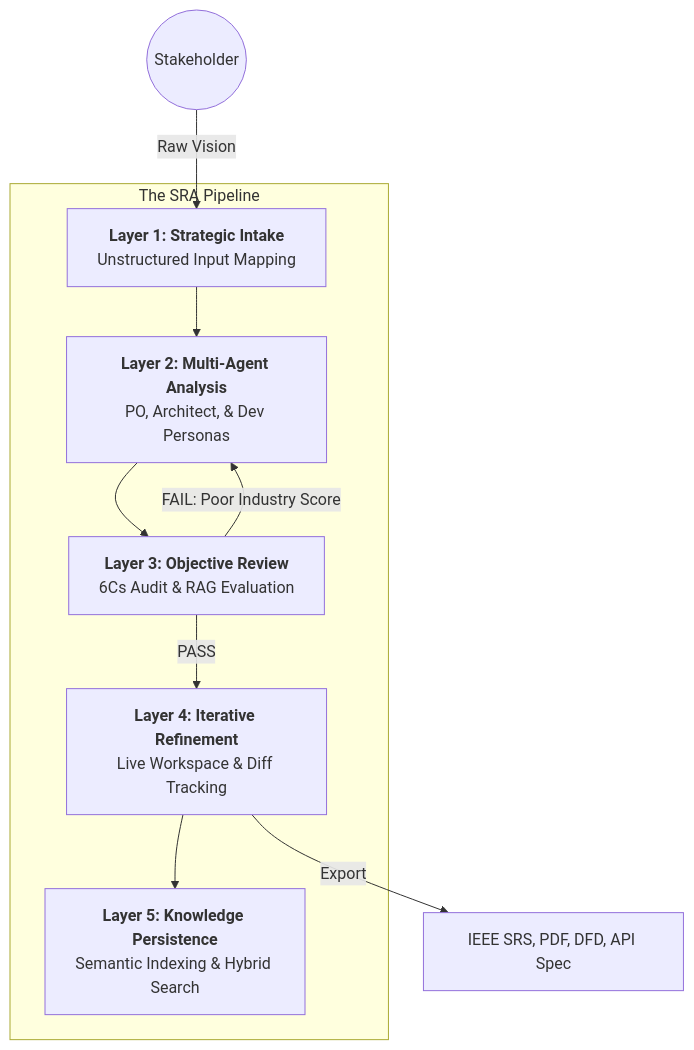
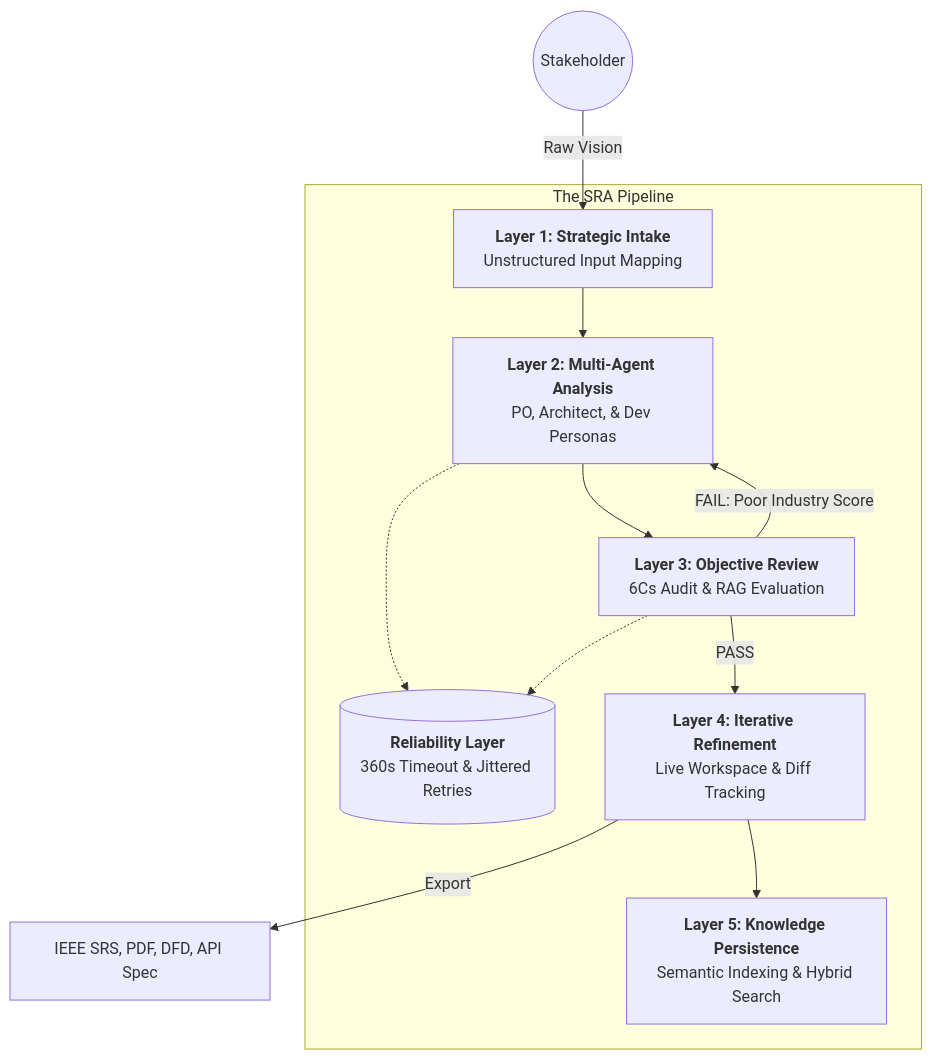
Before and after one commit to Aniket-a14/SRA: the diagram in Readme.md, drawn with Mermaid. The commit also changed other lines of this file and 5 other files, not shown here.

Commit message:
feat: Implement AI reliability layer with timeouts and retries, enhance frontend performance with dynamic imports, and establish initial backend/frontend project structure.

````diff
--- a/Readme.md
+++ b/Readme.md
@@ -52,18 +52,21 @@
 ```mermaid
 graph TD
     subgraph "The SRA Pipeline"
     L1[<b>Layer 1: Strategic Intake</b><br/>Unstructured Input Mapping]
     L2[<b>Layer 2: Multi-Agent Analysis</b><br/>PO, Architect, & Dev Personas]
     L3[<b>Layer 3: Objective Review</b><br/>6Cs Audit & RAG Evaluation]
     L4[<b>Layer 4: Iterative Refinement</b><br/>Live Workspace & Diff Tracking]
     L5[<b>Layer 5: Knowledge Persistence</b><br/>Semantic Indexing & Hybrid Search]
+    
+    Reliability[(<b>Reliability Layer</b><br/>360s Timeout & Jittered Retries)]
+    L2 & L3 -.-> Reliability
     end
 
     Stakeholder((Stakeholder)) -->|Raw Vision| L1
     L1 --> L2
     L2 --> L3
     L3 -->|FAIL: Poor Industry Score| L2
     L3 -->|PASS| L4
     L4 -->|Export| Artifacts[IEEE SRS, PDF, DFD, API Spec]
     L4 --> L5
 ```
````
